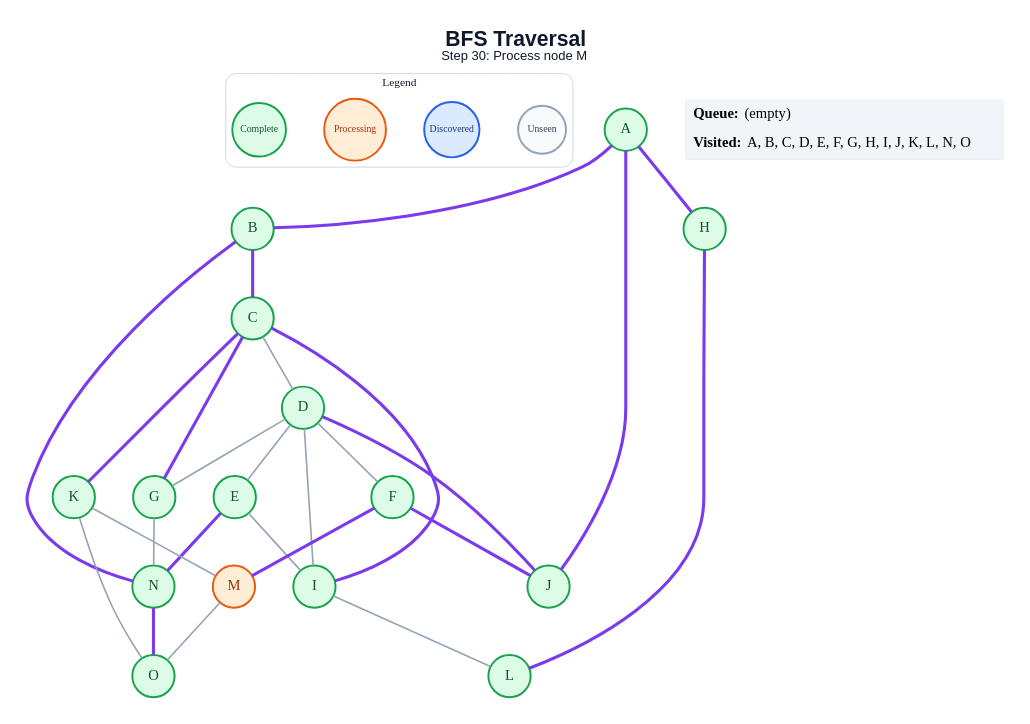
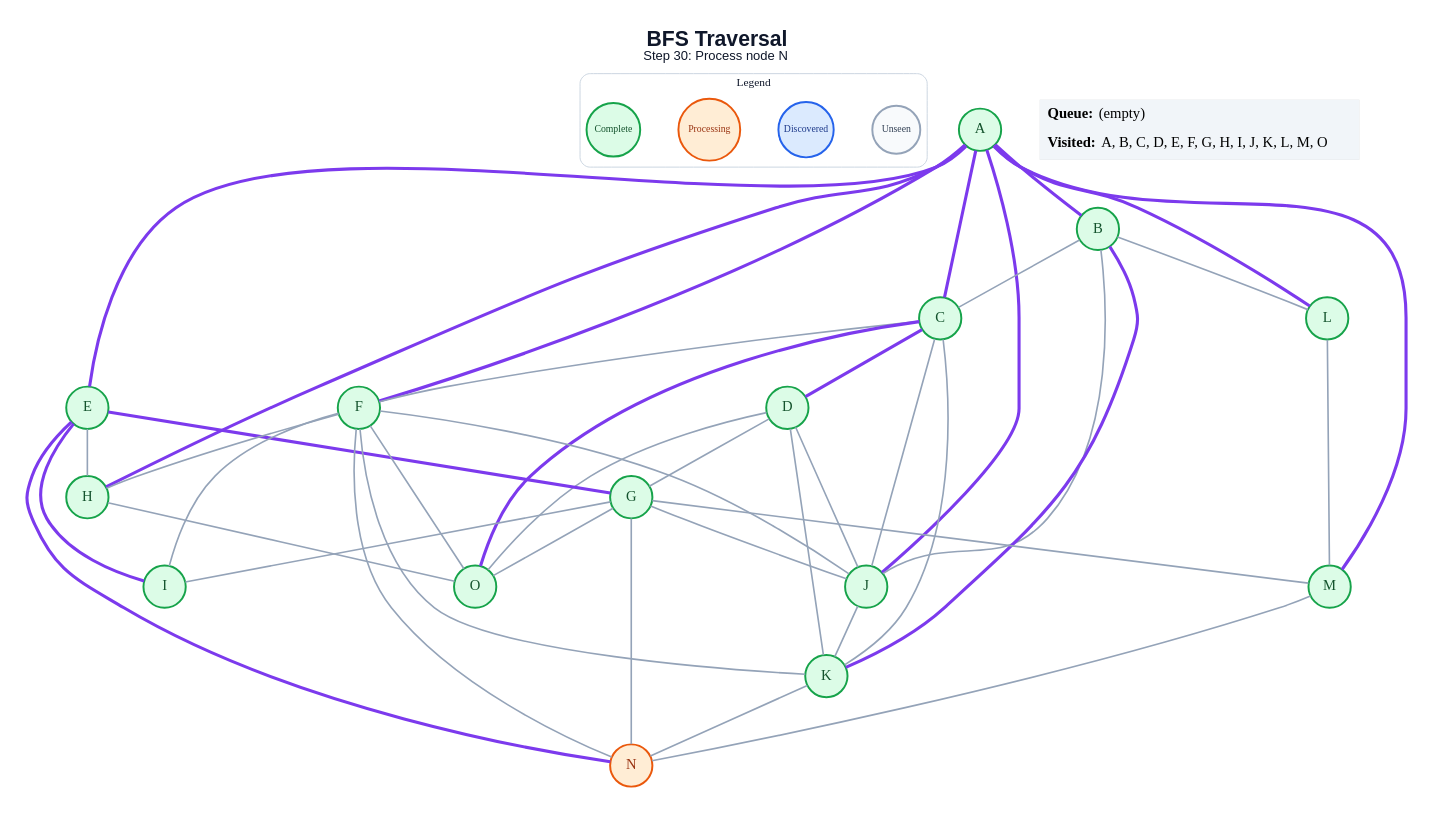
One commit to anon7238593-create/ai-slop changed the diagram in generated/bfs/step_30.dot. Above: the diagram before and after it, drawn with Graphviz. The commit also changed 265 other files, not shown here.

```diff
--- a/generated/bfs/step_30.dot
+++ b/generated/bfs/step_30.dot
@@ -1,59 +1,75 @@
 graph traversal {
   graph [layout=dot, rankdir=TB, bgcolor="#FFFFFF", pad="0.35", nodesep="0.65", ranksep="0.8", fontname="Arial"];
   node [shape=circle, style="filled", fontname="Arial Bold", fontsize=18, width=0.72, fixedsize=true, penwidth=2.4];
   edge [color="#94A3B8", penwidth=2.0];
-  label=<<B>BFS Traversal</B><BR/><FONT POINT-SIZE="16">Step 30: Process node M</FONT>>; labelloc="t"; fontsize=26; fontname="Arial"; fontcolor="#0F172A";
+  label=<<B>BFS Traversal</B><BR/><FONT POINT-SIZE="16">Step 30: Process node N</FONT>>; labelloc="t"; fontsize=26; fontname="Arial"; fontcolor="#0F172A";
   subgraph cluster_legend { label="Legend"; color="#CBD5E1"; penwidth=1.2; style="rounded"; fontsize=14; fontname="Arial Bold";
     key_unseen [label="Unseen", fillcolor="#F8FAFC", color="#94A3B8", fontcolor="#334155", fontsize=12, width=0.82];
     key_frontier [label="Discovered", fillcolor="#DBEAFE", color="#2563EB", fontcolor="#1E3A8A", fontsize=12, width=0.95];
     key_current [label="Processing", fillcolor="#FFEDD5", color="#EA580C", fontcolor="#9A3412", fontsize=12, width=1.05];
     key_done [label="Complete", fillcolor="#DCFCE7", color="#16A34A", fontcolor="#14532D", fontsize=12, width=0.92];
     { rank=same; key_unseen; key_frontier; key_current; key_done; }
   }
   A [fillcolor="#DCFCE7", color="#16A34A", fontcolor="#14532D"];
   B [fillcolor="#DCFCE7", color="#16A34A", fontcolor="#14532D"];
   C [fillcolor="#DCFCE7", color="#16A34A", fontcolor="#14532D"];
   D [fillcolor="#DCFCE7", color="#16A34A", fontcolor="#14532D"];
   E [fillcolor="#DCFCE7", color="#16A34A", fontcolor="#14532D"];
   F [fillcolor="#DCFCE7", color="#16A34A", fontcolor="#14532D"];
   G [fillcolor="#DCFCE7", color="#16A34A", fontcolor="#14532D"];
   H [fillcolor="#DCFCE7", color="#16A34A", fontcolor="#14532D"];
   I [fillcolor="#DCFCE7", color="#16A34A", fontcolor="#14532D"];
   J [fillcolor="#DCFCE7", color="#16A34A", fontcolor="#14532D"];
   K [fillcolor="#DCFCE7", color="#16A34A", fontcolor="#14532D"];
   L [fillcolor="#DCFCE7", color="#16A34A", fontcolor="#14532D"];
-  M [fillcolor="#FFEDD5", color="#EA580C", fontcolor="#9A3412"];
-  N [fillcolor="#DCFCE7", color="#16A34A", fontcolor="#14532D"];
+  M [fillcolor="#DCFCE7", color="#16A34A", fontcolor="#14532D"];
+  N [fillcolor="#FFEDD5", color="#EA580C", fontcolor="#9A3412"];
   O [fillcolor="#DCFCE7", color="#16A34A", fontcolor="#14532D"];
   A -- B [color="#7C3AED", penwidth=3.8];
+  A -- C [color="#7C3AED", penwidth=3.8];
+  A -- E [color="#7C3AED", penwidth=3.8];
+  A -- F [color="#7C3AED", penwidth=3.8];
   A -- H [color="#7C3AED", penwidth=3.8];
   A -- J [color="#7C3AED", penwidth=3.8];
-  B -- C [color="#7C3AED", penwidth=3.8];
-  B -- N [color="#7C3AED", penwidth=3.8];
-  C -- D;
-  C -- G [color="#7C3AED", penwidth=3.8];
-  C -- I [color="#7C3AED", penwidth=3.8];
-  C -- K [color="#7C3AED", penwidth=3.8];
-  D -- E;
-  D -- F;
+  A -- L [color="#7C3AED", penwidth=3.8];
+  A -- M [color="#7C3AED", penwidth=3.8];
+  B -- C;
+  B -- J;
+  B -- K [color="#7C3AED", penwidth=3.8];
+  B -- L;
+  C -- D [color="#7C3AED", penwidth=3.8];
+  C -- F;
+  C -- J;
+  C -- K;
+  C -- O [color="#7C3AED", penwidth=3.8];
   D -- G;
-  D -- I;
-  D -- J [color="#7C3AED", penwidth=3.8];
-  E -- I;
+  D -- J;
+  D -- K;
+  D -- O;
+  E -- G [color="#7C3AED", penwidth=3.8];
+  E -- H;
+  E -- I [color="#7C3AED", penwidth=3.8];
   E -- N [color="#7C3AED", penwidth=3.8];
-  F -- J [color="#7C3AED", penwidth=3.8];
-  F -- M [color="#7C3AED", penwidth=3.8];
+  F -- H;
+  F -- I;
+  F -- J;
+  F -- K;
+  F -- N;
+  F -- O;
+  G -- I;
+  G -- J;
+  G -- M;
   G -- N;
-  H -- L [color="#7C3AED", penwidth=3.8];
-  I -- L;
-  K -- M;
-  K -- O;
-  M -- O;
-  N -- O [color="#7C3AED", penwidth=3.8];
+  G -- O;
+  H -- O;
+  J -- K;
+  K -- N;
+  L -- M;
+  M -- N;
   status [shape=plain, fixedsize=false, width=0, height=0, margin=0, label=<
     <TABLE BORDER="0" CELLBORDER="0" CELLPADDING="7" BGCOLOR="#F1F5F9">
       <TR><TD ALIGN="LEFT"><B>Queue:</B> (empty)</TD></TR>
-      <TR><TD ALIGN="LEFT"><B>Visited:</B> A, B, C, D, E, F, G, H, I, J, K, L, N, O</TD></TR>
+      <TR><TD ALIGN="LEFT"><B>Visited:</B> A, B, C, D, E, F, G, H, I, J, K, L, M, O</TD></TR>
     </TABLE>
   >];
 }
```
